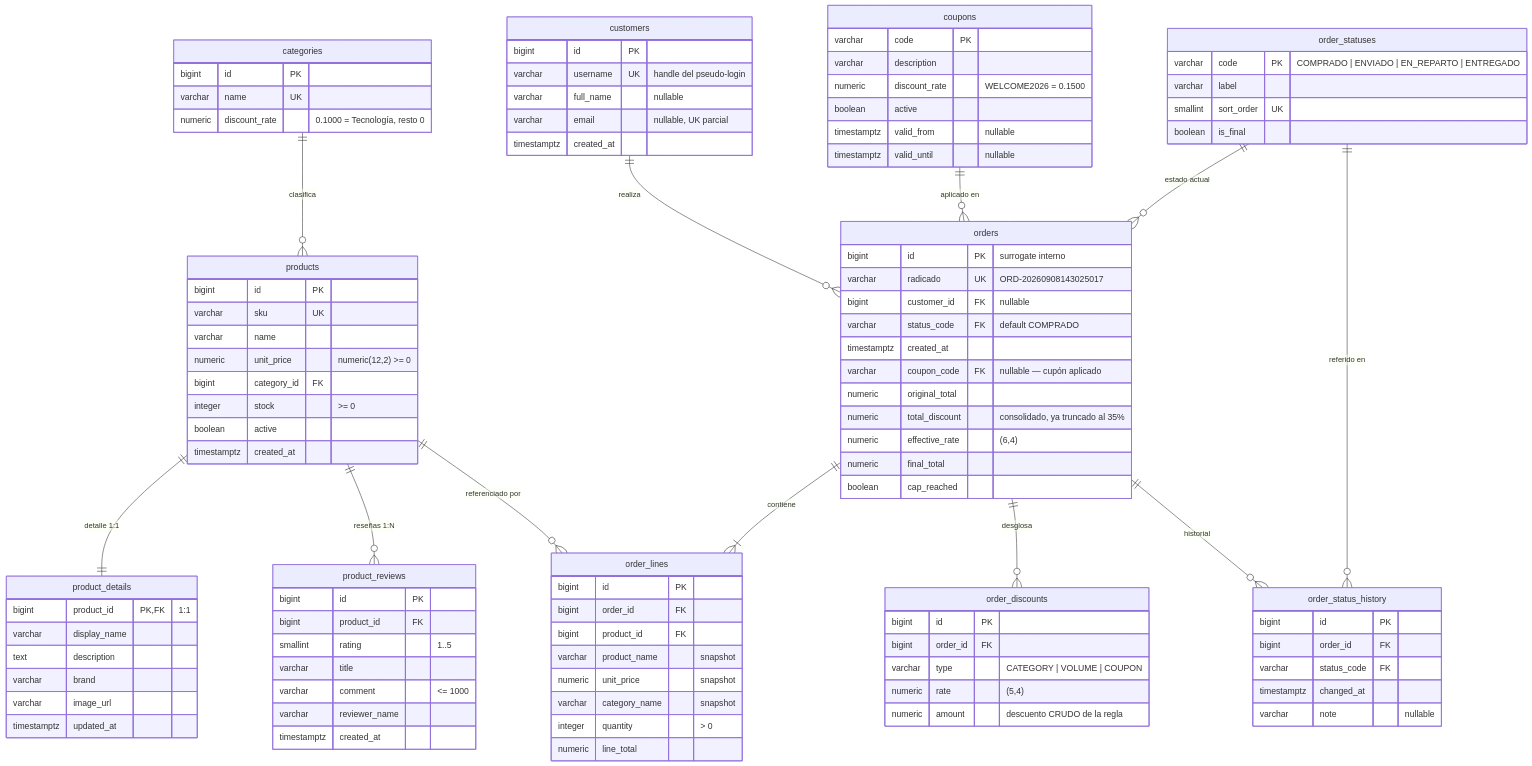
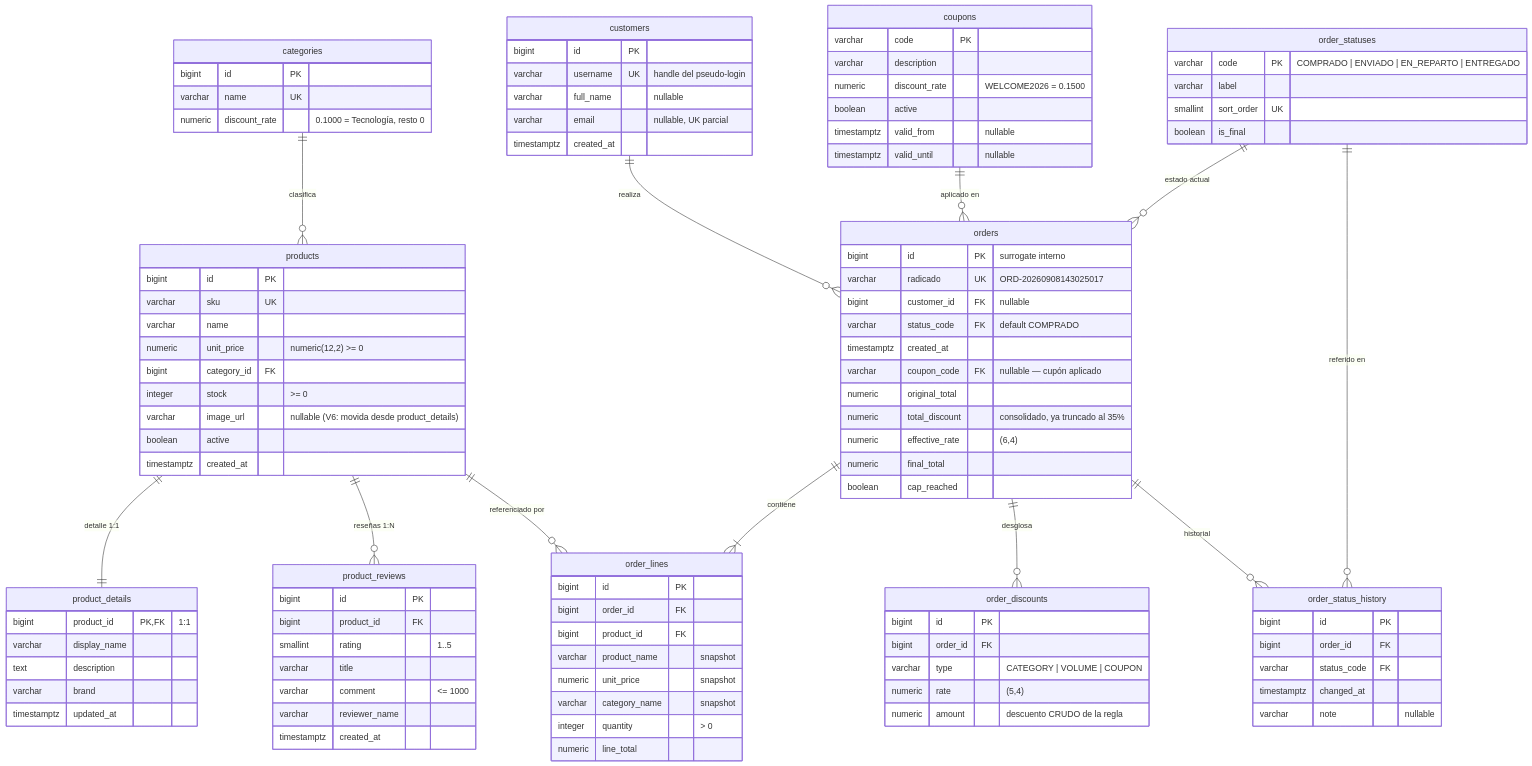
Before and after one commit to nrodriguezvar17/examen-ecommerce: the diagram in docs/modelo-datos.md, drawn with Mermaid. The commit also changed other lines of this file, not shown here.

```diff
--- a/docs/modelo-datos.md
+++ b/docs/modelo-datos.md
@@ -65,6 +73,7 @@
         numeric     unit_price  "numeric(12,2) >= 0"
         bigint      category_id FK
         integer     stock       ">= 0"
+        varchar     image_url   "nullable (V6: movida desde product_details)"
         boolean     active
         timestamptz created_at
     }
@@ -73,7 +82,6 @@
         varchar     display_name
         text        description
         varchar     brand
-        varchar     image_url
         timestamptz updated_at
     }
     product_reviews {
```
